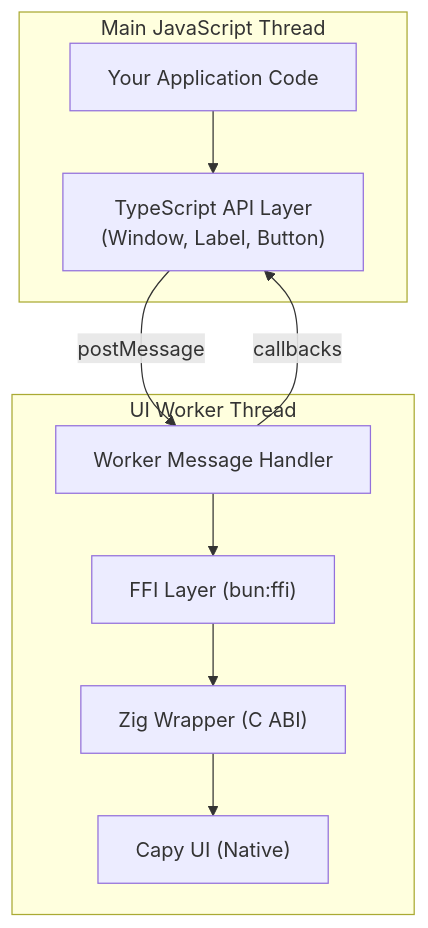
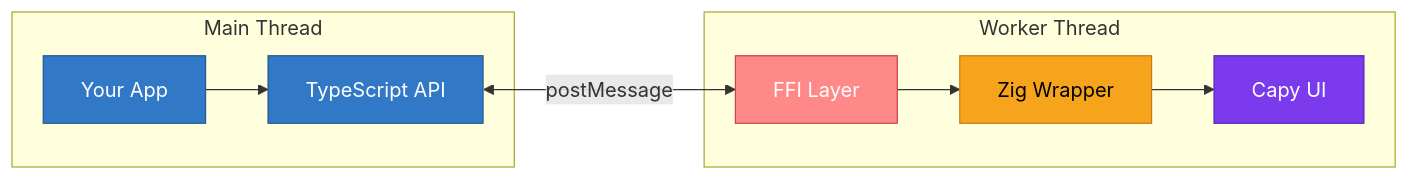
The diagram in packages/typescript/README.md (AugusDogus/capy-bun), drawn with Mermaid before and after one commit. The commit also changed 1 other file, not shown here.

Commit message:
docs: simplify and colorize architecture diagrams
- Remove verbose details and file paths from node labels
- Add color coding for different layers (TypeScript, Worker, Zig, Capy)
- Change TypeScript README diagram to horizontal layout for better readability
- Add bidirectional arrow to show callback communication

````diff
--- a/packages/typescript/README.md
+++ b/packages/typescript/README.md
@@ -226,22 +226,24 @@
 ```mermaid
-flowchart TB
-    subgraph main["Main JavaScript Thread"]
-        A["Your Application Code"]
-        B["TypeScript API Layer<br/>(Window, Label, Button)"]
-        A --> B
+flowchart LR
+    subgraph main["Main Thread"]
+        A["Your App"]:::app
+        B["TypeScript API"]:::ts
     end
     
-    subgraph worker["UI Worker Thread"]
-        C["Worker Message Handler"]
-        D["FFI Layer (bun:ffi)"]
-        E["Zig Wrapper (C ABI)"]
-        F["Capy UI (Native)"]
-        
-        C --> D
-        D --> E
-        E --> F
+    subgraph worker["Worker Thread"]
+        C["FFI Layer"]:::ffi
+        D["Zig Wrapper"]:::zig
+        E["Capy UI"]:::capy
     end
     
-    B -->|postMessage| C
-    C -->|callbacks| B
+    A --> B
+    B <-->|"postMessage"| C
+    C --> D
+    D --> E
+    
+    classDef app fill:#3178c6,stroke:#235a97,color:#fff
+    classDef ts fill:#3178c6,stroke:#235a97,color:#fff
+    classDef ffi fill:#f88,stroke:#c44,color:#fff
+    classDef zig fill:#f7a41d,stroke:#c47d15,color:#000
+    classDef capy fill:#7c3aed,stroke:#5b21b6,color:#fff
 ```
````
